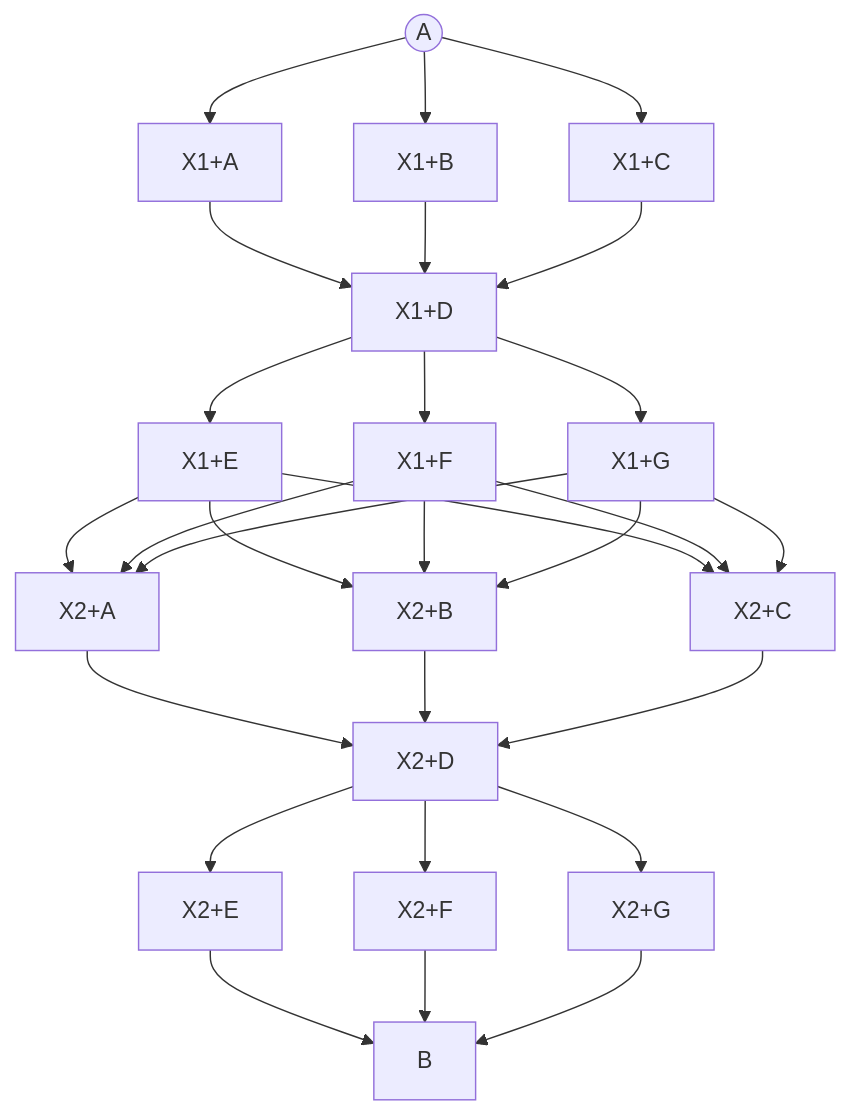
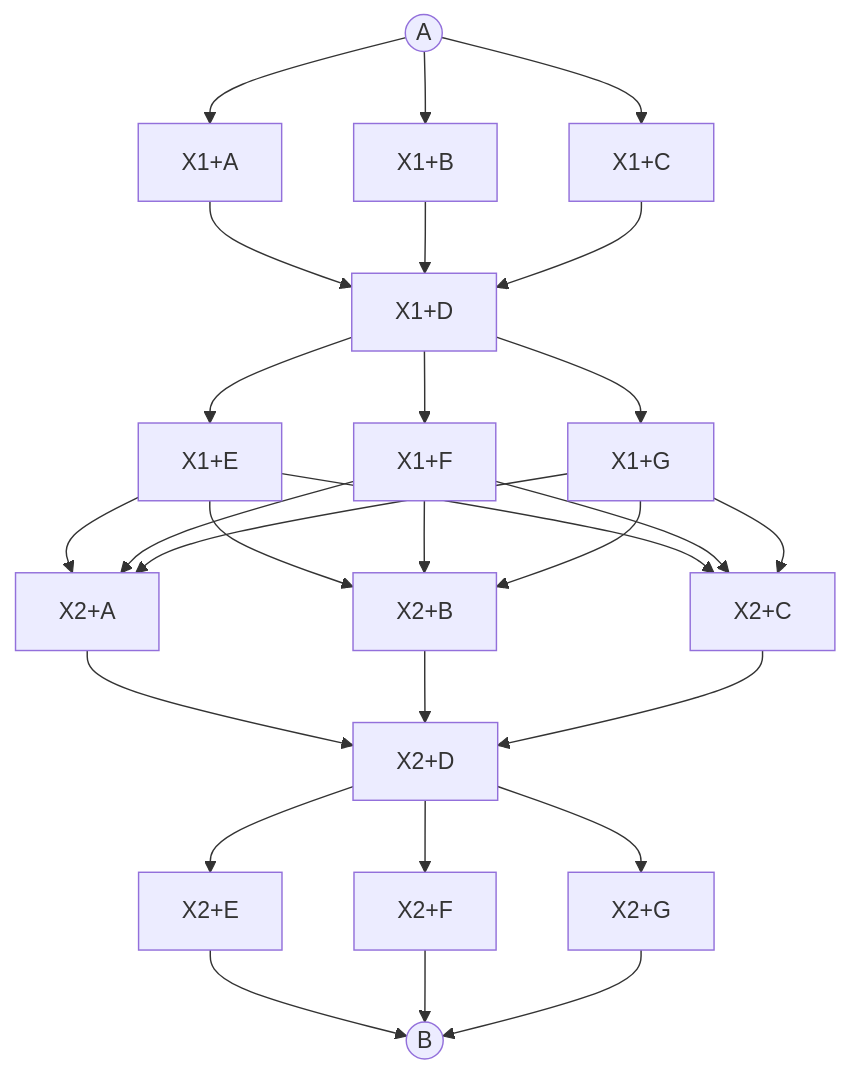
Before and after one commit to htcondor/htcondor: the fourth of 5 diagrams in docs/automated-workflows/dagman-using-other-dags.rst, drawn with Mermaid. The commit also changed other lines of this file, not shown here.

Commit message:
HTCONDOR-2284: DAGMan doc reorg| DAG w/ DAGs cleanup

```diff
--- a/docs/automated-workflows/dagman-using-other-dags.rst
+++ b/docs/automated-workflows/dagman-using-other-dags.rst
@@ -499,14 +424,14 @@
-.. mermaid::
-   :caption: The DAG described by s1.dag.
-   :align: center
+    .. mermaid::
+       :caption: The DAG described by s1.dag
+       :align: center
 
-   flowchart TD
-    A((A)) --> X1+A & X1+B & X1+C
-    X1+A & X1+B & X1+C --> X1+D
-    X1+D --> X1+E & X1+F & X1+G
-    X1+E & X1+F & X1+G --> X2+A
-    X1+E & X1+F & X1+G --> X2+B
-    X1+E & X1+F & X1+G --> X2+C
-    X2+A & X2+B & X2+C --> X2+D
-    X2+D --> X2+E & X2+F & X2+G
-    X2+E & X2+F & X2+G --> B
+       flowchart TD
+        A((A)) --> X1+A & X1+B & X1+C
+        X1+A & X1+B & X1+C --> X1+D
+        X1+D --> X1+E & X1+F & X1+G
+        X1+E & X1+F & X1+G --> X2+A
+        X1+E & X1+F & X1+G --> X2+B
+        X1+E & X1+F & X1+G --> X2+C
+        X2+A & X2+B & X2+C --> X2+D
+        X2+D --> X2+E & X2+F & X2+G
+        X2+E & X2+F & X2+G --> B((B))
```
